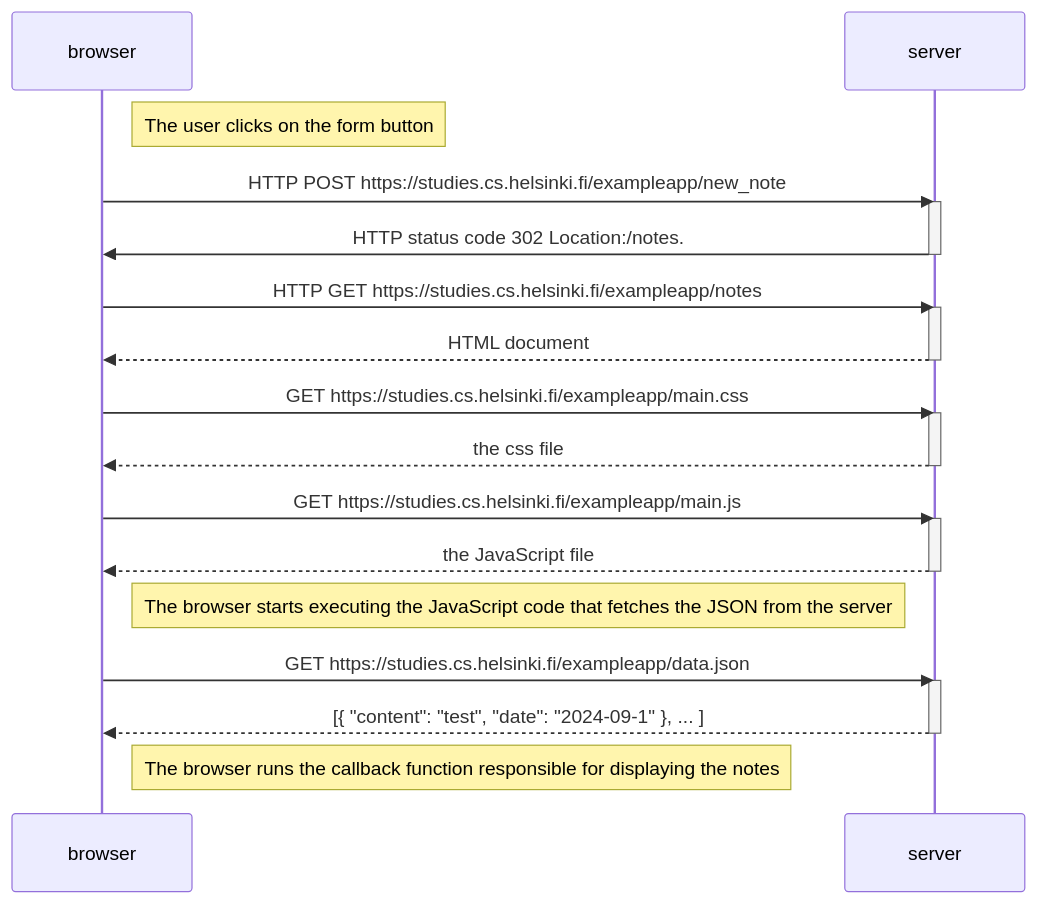
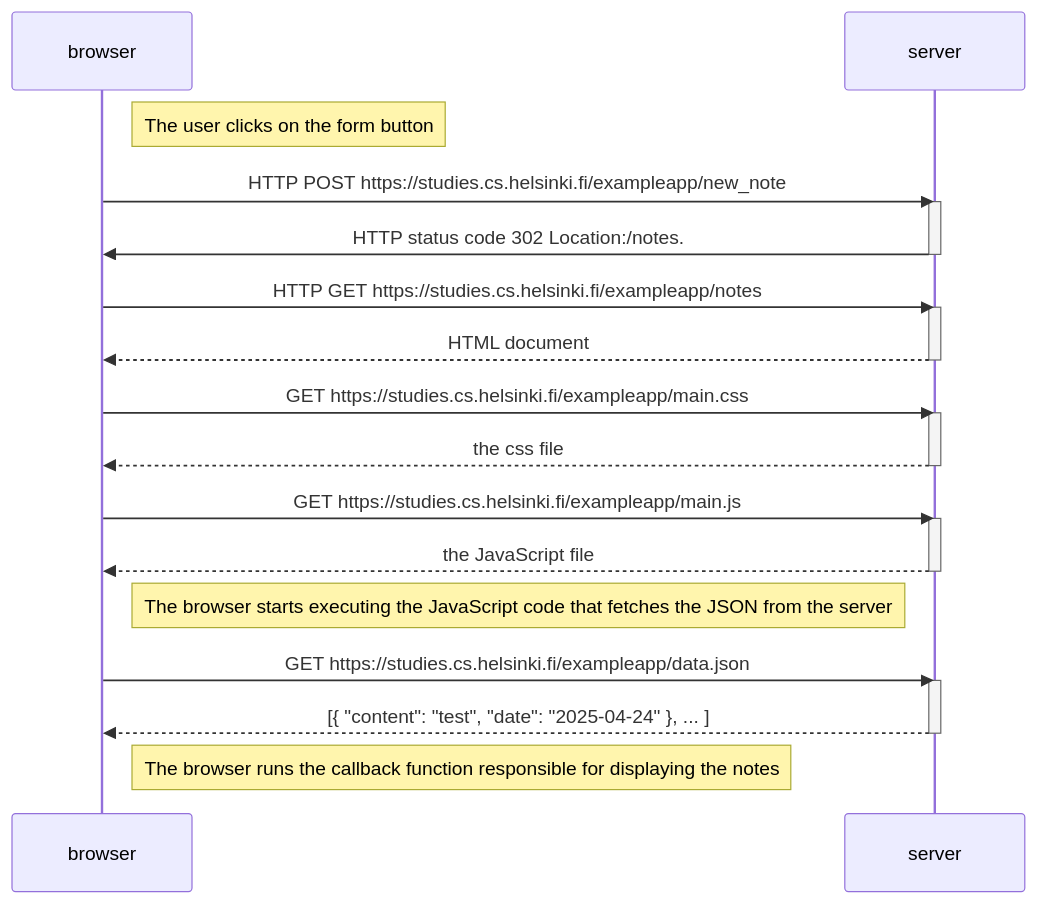
Before and after one commit to sloper00/FullstackOpen: the diagram in part0/0.4_NewNoteDiagram.md, drawn with Mermaid.

````diff
--- a/part0/0.4_NewNoteDiagram.md
+++ b/part0/0.4_NewNoteDiagram.md
@@ -1,37 +1,37 @@
 ```mermaid
  sequenceDiagram
     participant browser
     participant server
 
 Note right of browser:The user clicks on the form button
 browser->>server: HTTP POST https://studies.cs.helsinki.fi/exampleapp/new_note
 activate server
 server->>browser: HTTP status code 302 Location:/notes.
 deactivate server
 
 browser->>server: HTTP GET https://studies.cs.helsinki.fi/exampleapp/notes
 activate server
 server-->>browser: HTML document
 deactivate server
 
 browser->>server: GET https://studies.cs.helsinki.fi/exampleapp/main.css
 activate server
 server-->>browser: the css file
 deactivate server
 
 browser->>server: GET https://studies.cs.helsinki.fi/exampleapp/main.js
 activate server
 server-->>browser: the JavaScript file
 deactivate server
 
 Note right of browser: The browser starts executing the JavaScript code that fetches the JSON from the server
 
 browser->>server: GET https://studies.cs.helsinki.fi/exampleapp/data.json
 activate server
-server-->>browser: [{ "content": "test", "date": "2024-09-1" }, ... ]
+server-->>browser: [{ "content": "test", "date": "2025-04-24" }, ... ]
 deactivate server
 
 Note right of browser: The browser runs the callback function responsible for displaying the notes
 
 
 ```
````
